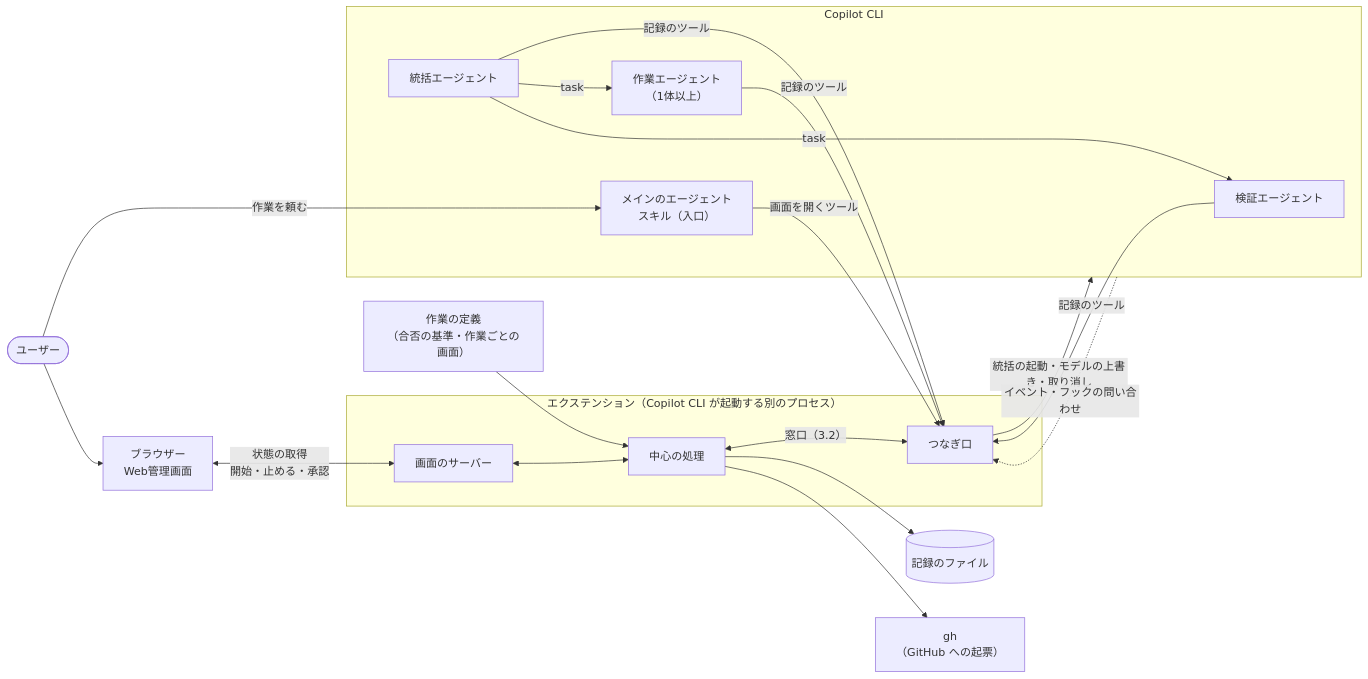
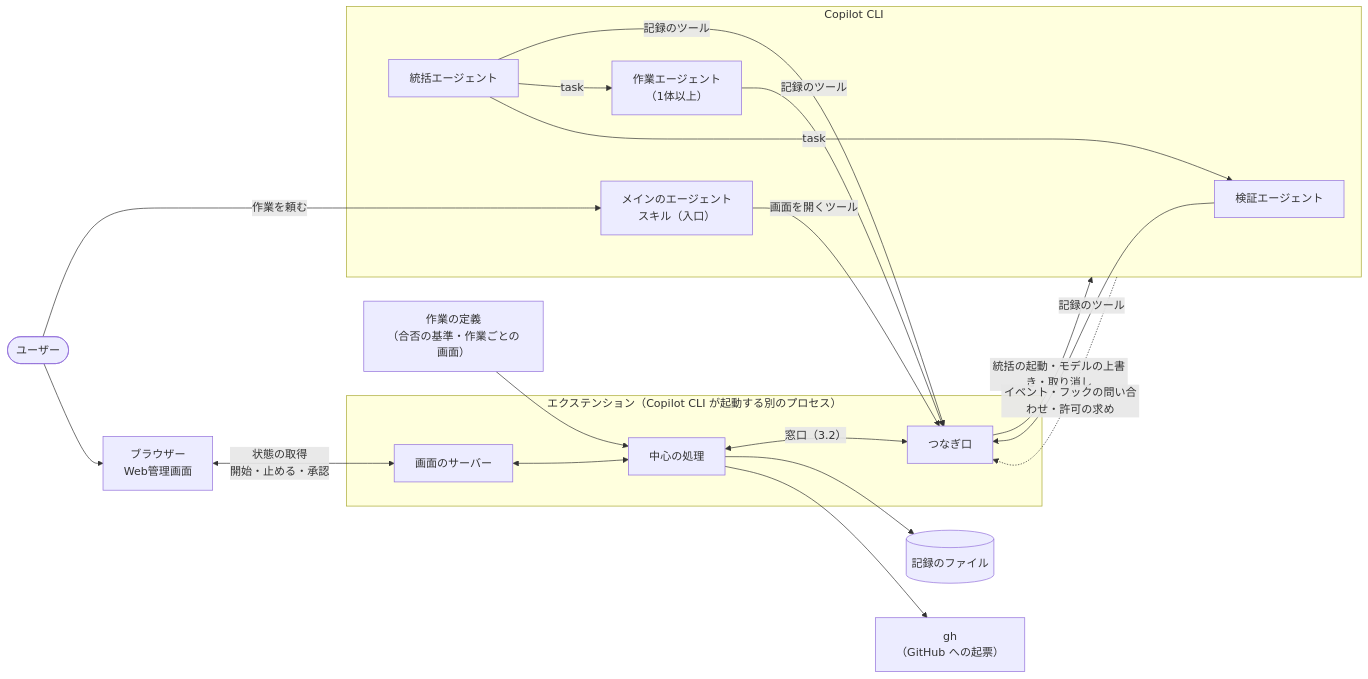
The first of 4 diagrams in docs/design/generated-plugin-structure.md (imaeda-hub/plugin-creater), drawn with Mermaid before and after one commit. The commit also changed other lines of this file and 2 other files, not shown here.

````diff
--- a/docs/design/generated-plugin-structure.md
+++ b/docs/design/generated-plugin-structure.md
@@ -34,36 +35,36 @@
 ```mermaid
 flowchart LR
   user(["ユーザー"])
   browser["ブラウザー<br/>Web管理画面"]
 
   subgraph cli["Copilot CLI"]
     main["メインのエージェント<br/>スキル（入口）"]
     orch["統括エージェント"]
     worker["作業エージェント<br/>（1体以上）"]
     verifier["検証エージェント"]
   end
 
   subgraph ext["エクステンション（Copilot CLI が起動する別のプロセス）"]
     adapter["つなぎ口"]
     core["中心の処理"]
     server["画面のサーバー"]
   end
 
   def["作業の定義<br/>（合否の基準・作業ごとの画面）"]
   files[("記録のファイル")]
   gh["gh<br/>（GitHub への起票）"]
 
   user -->|"作業を頼む"| main
   user --> browser
   browser <-->|"状態の取得<br/>開始・止める・承認"| server
   server <--> core
   core <-->|"窓口（3.2）"| adapter
   main -->|"画面を開くツール"| adapter
   orch & worker & verifier -->|"記録のツール"| adapter
   adapter -->|"統括の起動・モデルの上書き・取り消し"| cli
-  cli -.->|"イベント・フックの問い合わせ"| adapter
+  cli -.->|"イベント・フックの問い合わせ・許可の求め"| adapter
   orch -->|"task"| worker & verifier
   def --> core
   core --> files
   core --> gh
 ```
````
